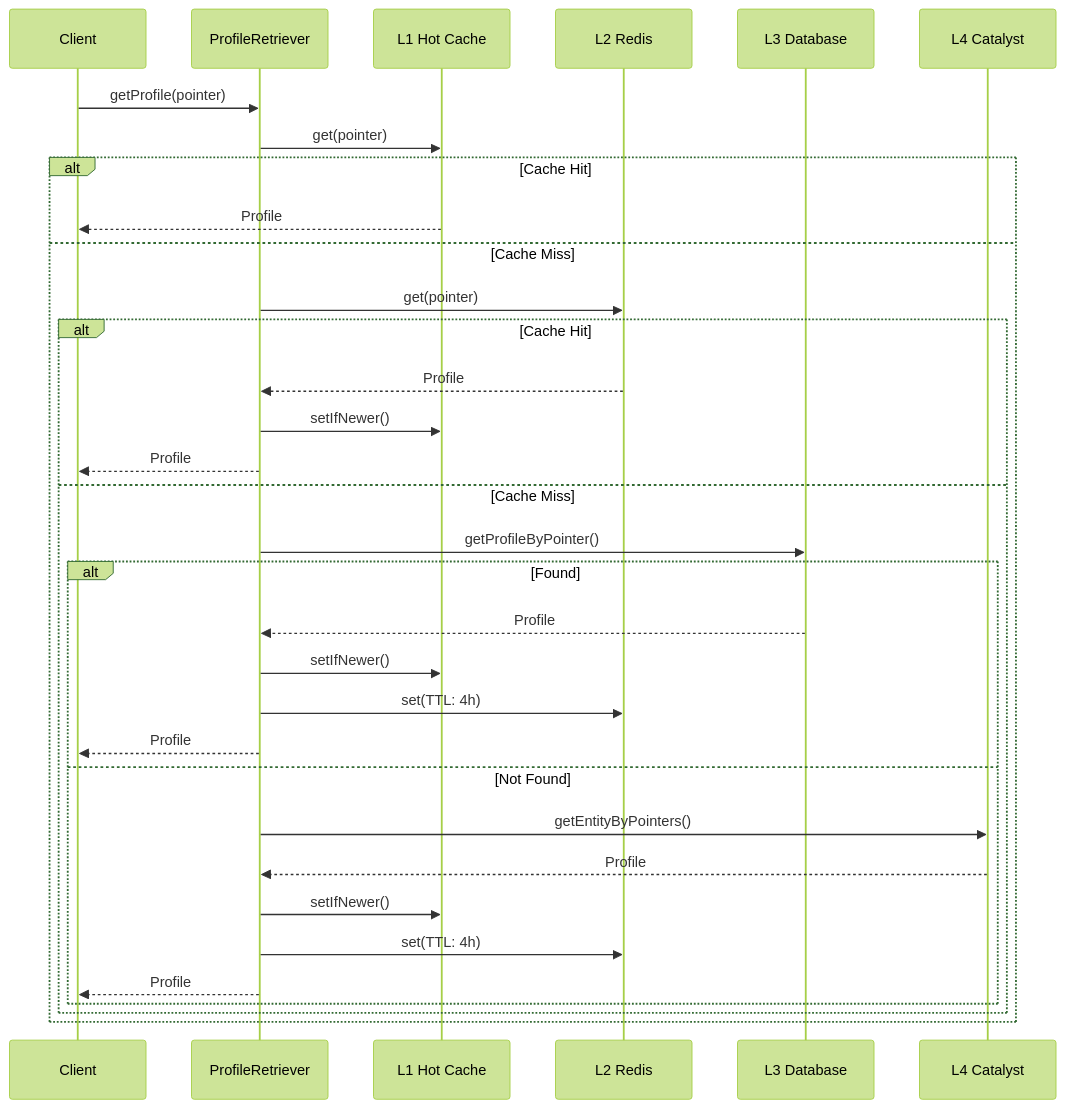
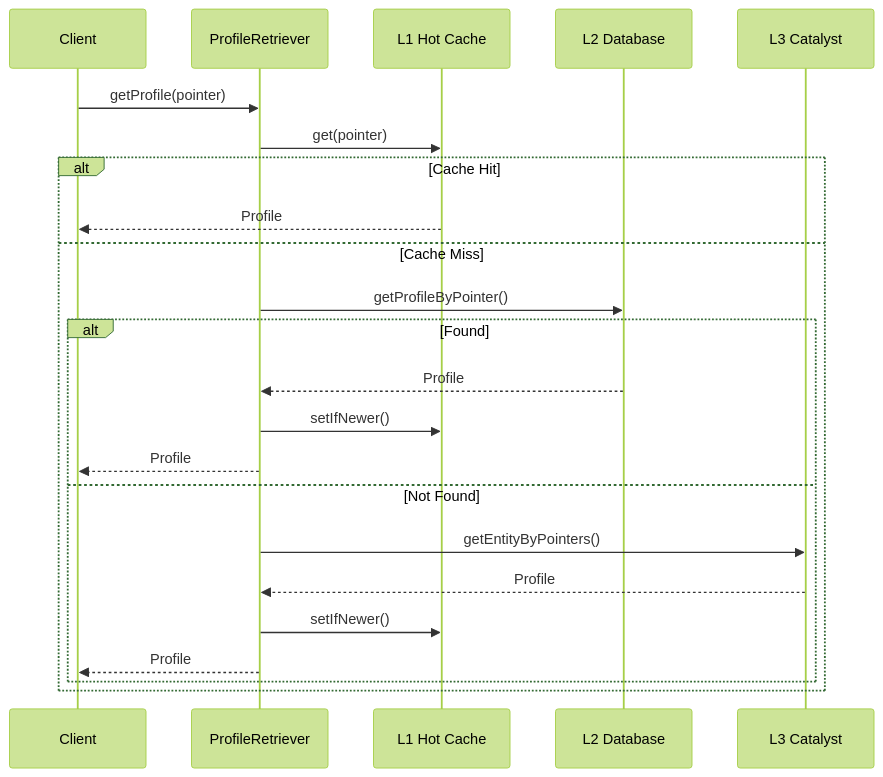
One commit to decentraland/asset-bundle-registry changed the diagram in README.md. Above: the diagram before and after it, drawn with Mermaid (forest theme). The commit also changed other lines of this file, not shown here.

````diff
--- a/README.md
+++ b/README.md
@@ -62,29 +61,20 @@
 ```mermaid
 sequenceDiagram
     Client->>ProfileRetriever: getProfile(pointer)
     ProfileRetriever->>L1 Hot Cache: get(pointer)
     alt Cache Hit
         L1 Hot Cache-->>Client: Profile
     else Cache Miss
-        ProfileRetriever->>L2 Redis: get(pointer)
-        alt Cache Hit
-            L2 Redis-->>ProfileRetriever: Profile
+        ProfileRetriever->>L2 Database: getProfileByPointer()
+        alt Found
+            L2 Database-->>ProfileRetriever: Profile
             ProfileRetriever->>L1 Hot Cache: setIfNewer()
             ProfileRetriever-->>Client: Profile
-        else Cache Miss
-            ProfileRetriever->>L3 Database: getProfileByPointer()
-            alt Found
-                L3 Database-->>ProfileRetriever: Profile
-                ProfileRetriever->>L1 Hot Cache: setIfNewer()
-                ProfileRetriever->>L2 Redis: set(TTL: 4h)
-                ProfileRetriever-->>Client: Profile
-            else Not Found
-                ProfileRetriever->>L4 Catalyst: getEntityByPointers()
-                L4 Catalyst-->>ProfileRetriever: Profile
-                ProfileRetriever->>L1 Hot Cache: setIfNewer()
-                ProfileRetriever->>L2 Redis: set(TTL: 4h)
-                ProfileRetriever-->>Client: Profile
-            end
+        else Not Found
+            ProfileRetriever->>L3 Catalyst: getEntityByPointers()
+            L3 Catalyst-->>ProfileRetriever: Profile
+            ProfileRetriever->>L1 Hot Cache: setIfNewer()
+            ProfileRetriever-->>Client: Profile
         end
     end
 ```
````
